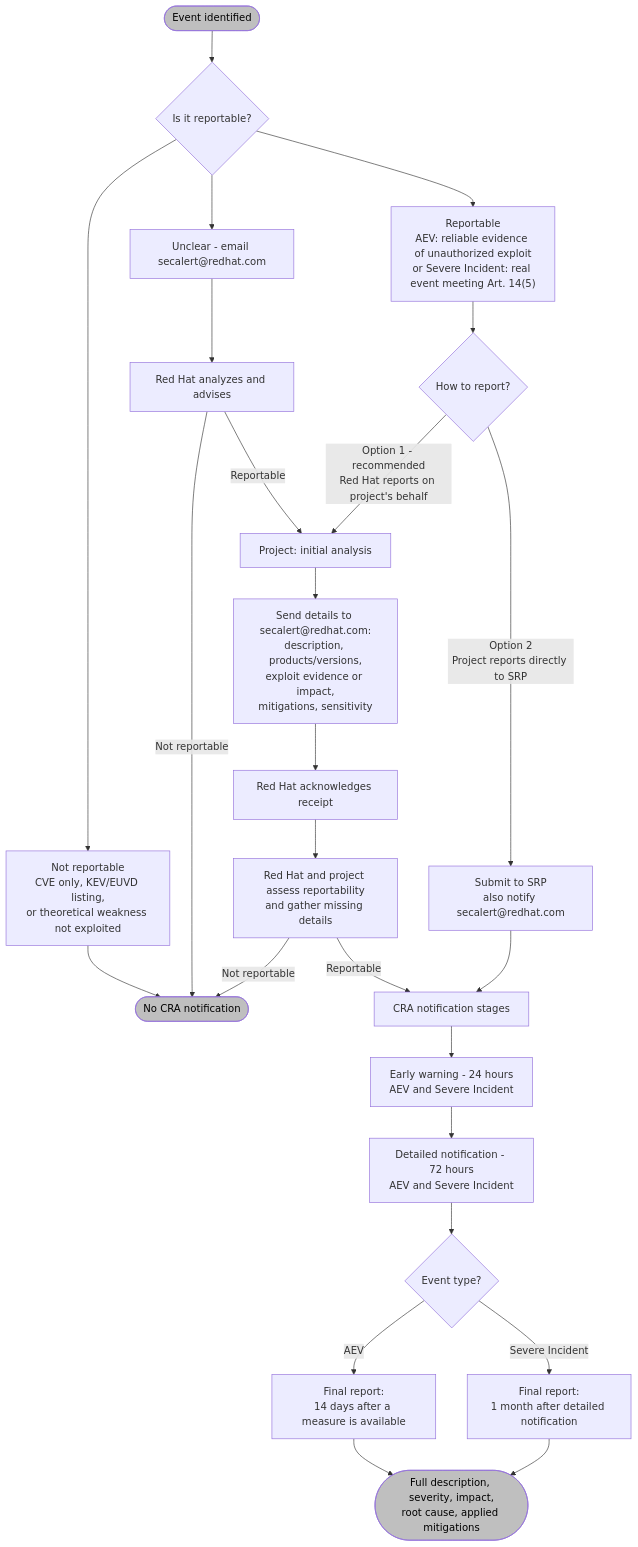
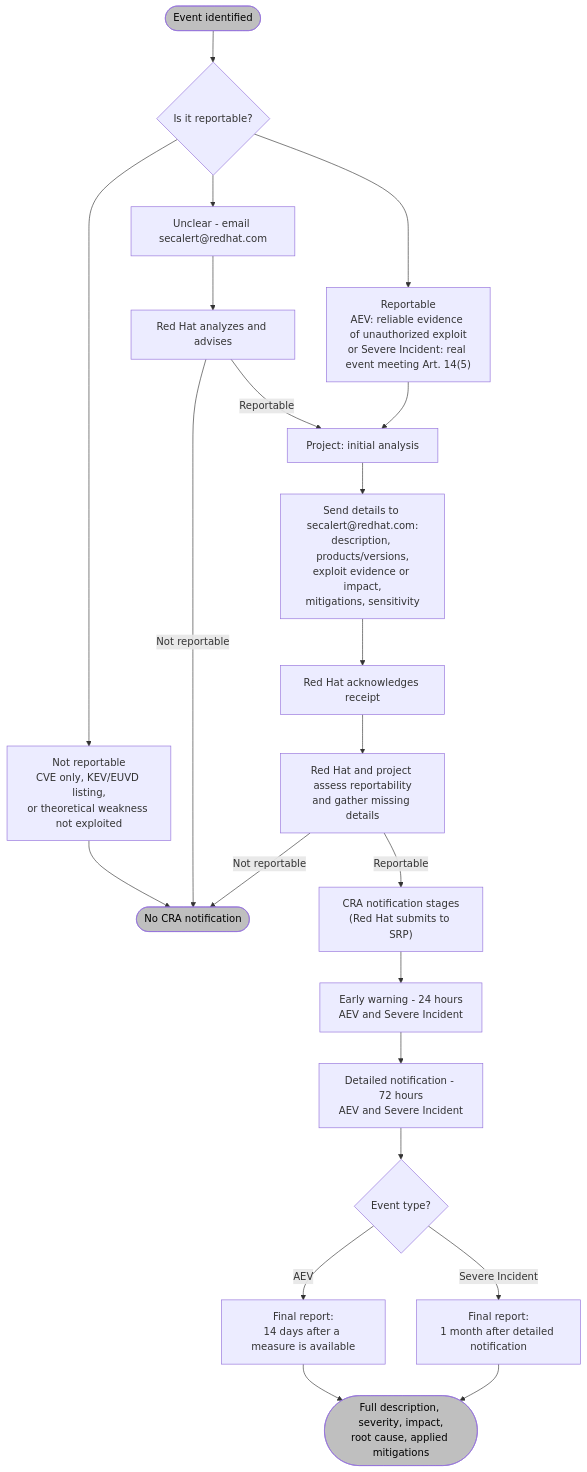
Before and after one commit to RedHatProductSecurity/CRA: the diagram in Guidelines/eu-cra-incident-and-vulnerability-reporting-guidelines.md, drawn with Mermaid. The commit also changed other lines of this file, not shown here.

First line of the commit message:
Steward is required to report and there is no retroactive report

````diff
--- a/Guidelines/eu-cra-incident-and-vulnerability-reporting-guidelines.md
+++ b/Guidelines/eu-cra-incident-and-vulnerability-reporting-guidelines.md
@@ -11,33 +11,30 @@
 ```mermaid
 ---
 config:
   layout: fixed
 ---
 flowchart TB
     start(["Event identified"]) --> classify{"Is it reportable?"}
     classify --> notReportable["Not reportable<br>CVE only, KEV/EUVD listing,<br>or theoretical weakness not exploited"] & reportable["Reportable<br>AEV: reliable evidence of unauthorized exploit<br>or Severe Incident: real event meeting Art. 14(5)"] & unsure["Unclear - email secalert@redhat.com"]
     notReportable --> noNotify(["No CRA notification"])
     unsure --> rhAdvice["Red Hat analyzes and advises"]
     rhAdvice -- Not reportable --> noNotify
     rhAdvice -- Reportable --> option1["Project: initial analysis"]
-    reportable --> path{"How to report?"}
-    path -- "Option 1 - recommended<br>Red Hat reports on project's behalf" --> option1
-    path -- Option 2<br>Project reports directly to SRP --> option2["Submit to SRP<br>also notify secalert@redhat.com"]
+    reportable --> option1["Project: initial analysis"]
     option1 --> send["Send details to secalert@redhat.com:<br>description, products/versions,<br>exploit evidence or impact,<br>mitigations, sensitivity"]
     send --> ack["Red Hat acknowledges receipt"]
     ack --> analysis["Red Hat and project assess reportability<br>and gather missing details"]
     analysis -- Not reportable --> noNotify
-    analysis -- Reportable --> stages["CRA notification stages"]
-    option2 --> stages
+    analysis -- Reportable --> stages["CRA notification stages<br>(Red Hat submits to SRP)"]
     stages --> early["Early warning - 24 hours<br>AEV and Severe Incident"]
     early --> detailed["Detailed notification - 72 hours<br>AEV and Severe Incident"]
     detailed --> finalSplit{"Event type?"}
     finalSplit -- AEV --> finalAEV["Final report:<br>14 days after a measure is available"]
     finalSplit -- Severe Incident --> finalSI["Final report:<br>1 month after detailed notification"]
     finalAEV --> finish(["Full description, severity, impact,<br>root cause, applied mitigations"])
     finalSI --> finish
 
     style start fill:#bfbfbf,color:#000
     style noNotify fill:#bfbfbf,color:#000
     style finish fill:#bfbfbf,color:#000
 ```
````
